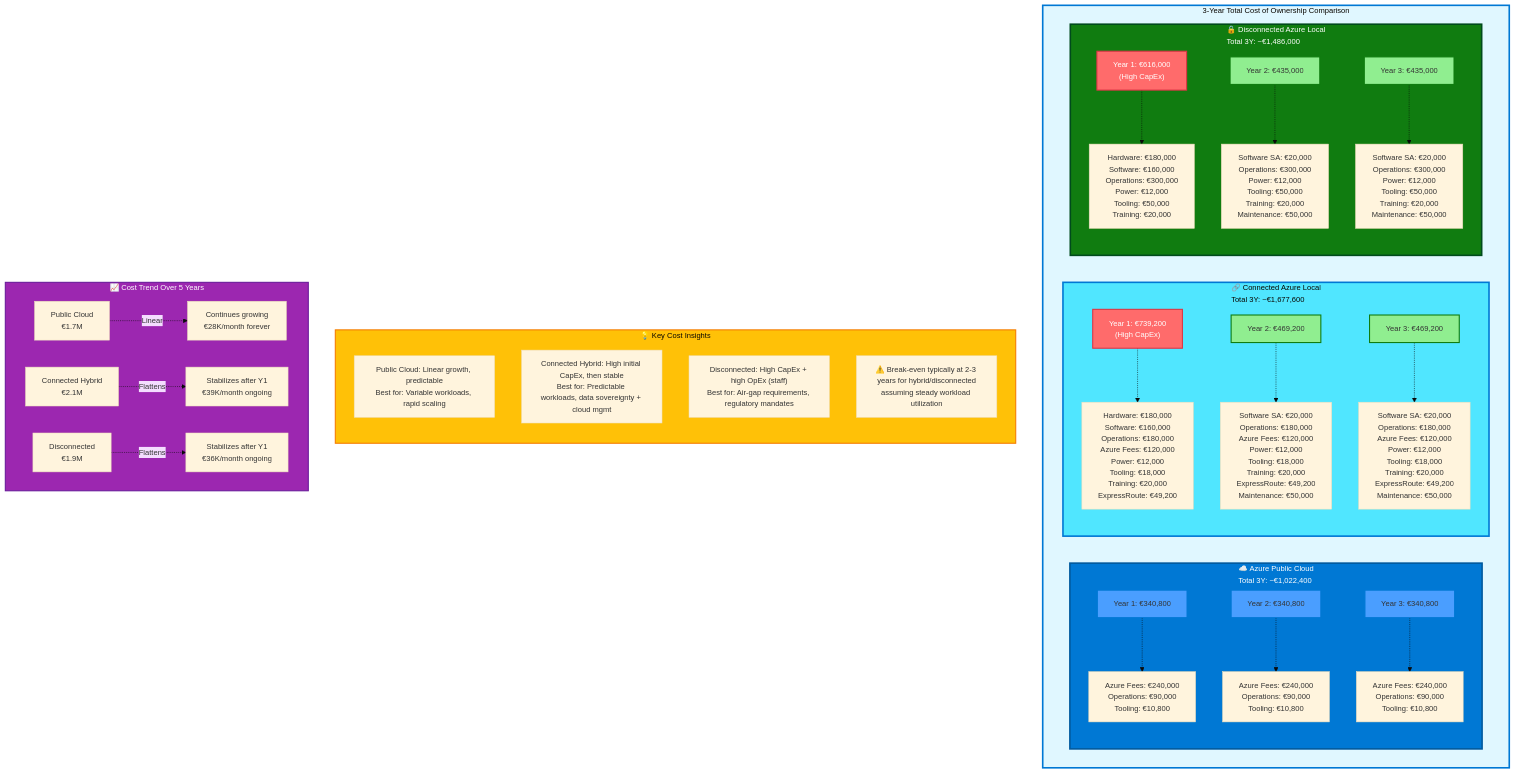
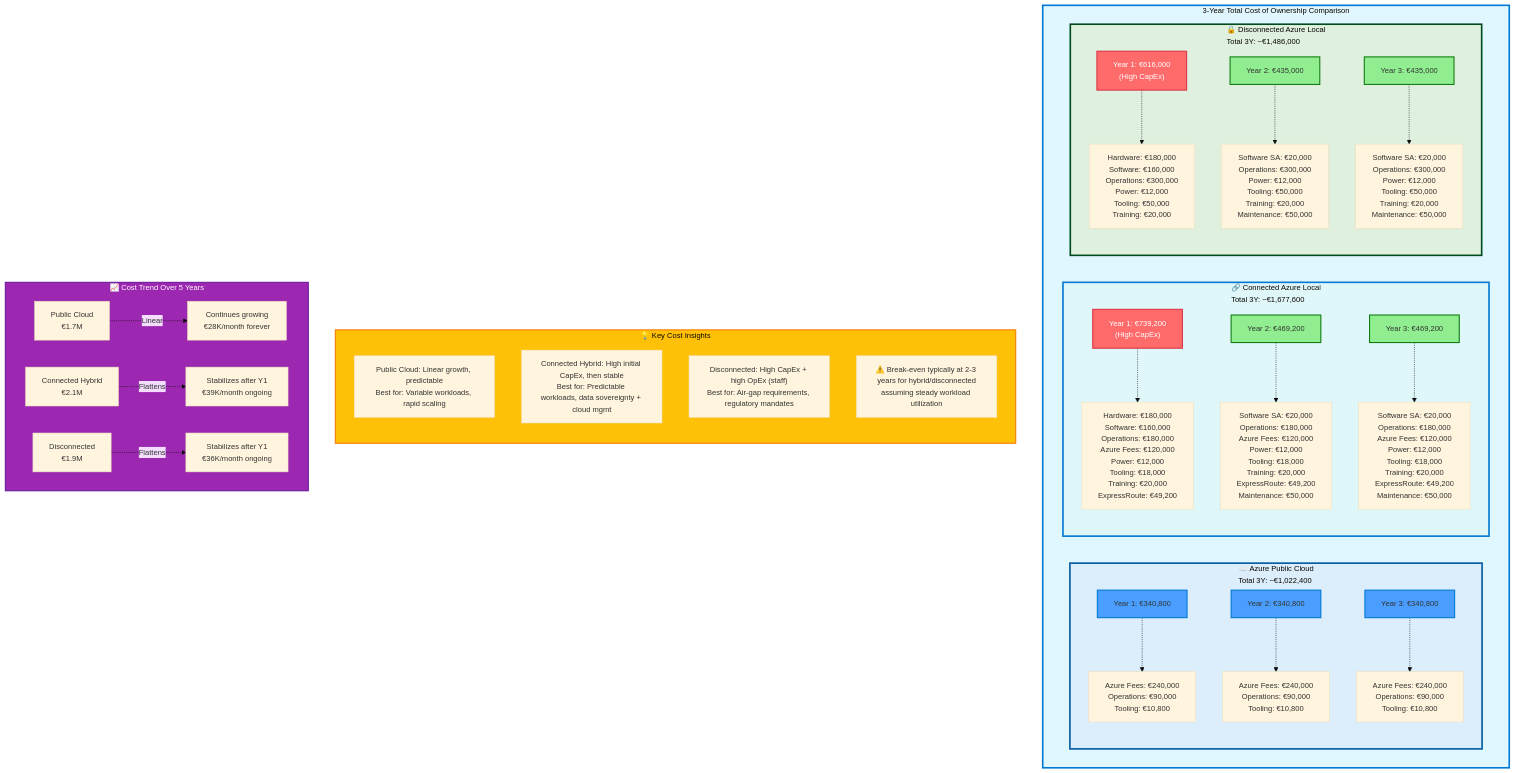
The diagram in docs/08-best-practices/05-cost-optimization.md (EmeaAppGbb/AzureHybridContinuumCookBook), drawn with Mermaid before and after one commit. The commit also changed 28 other files, not shown here.

First line of the commit message:
Fix Mermaid diagram readability: use light pastel subgraph backgrounds

````diff
--- a/docs/08-best-practices/05-cost-optimization.md
+++ b/docs/08-best-practices/05-cost-optimization.md
@@ -140,82 +140,82 @@
 ```mermaid
 %%{init: {'theme':'base', 'themeVariables': { 'fontSize':'14px'}}}%%
 graph TB
     subgraph TCO["3-Year Total Cost of Ownership Comparison"]
         direction LR
         
         subgraph PublicCloud["☁️ Azure Public Cloud<br/>Total 3Y: ~€1,022,400"]
             direction TB
             PC_Y1["Year 1: €340,800"]
             PC_Y2["Year 2: €340,800"]
             PC_Y3["Year 3: €340,800"]
             
             PC_Y1 -.-> PC_Breakdown1["Azure Fees: €240,000<br/>Operations: €90,000<br/>Tooling: €10,800"]
             PC_Y2 -.-> PC_Breakdown2["Azure Fees: €240,000<br/>Operations: €90,000<br/>Tooling: €10,800"]
             PC_Y3 -.-> PC_Breakdown3["Azure Fees: €240,000<br/>Operations: €90,000<br/>Tooling: €10,800"]
         end
         
         subgraph ConnectedHybrid["🔗 Connected Azure Local<br/>Total 3Y: ~€1,677,600"]
             direction TB
             CH_Y1["Year 1: €739,200<br/>(High CapEx)"]
             CH_Y2["Year 2: €469,200"]
             CH_Y3["Year 3: €469,200"]
             
             CH_Y1 -.-> CH_Breakdown1["Hardware: €180,000<br/>Software: €160,000<br/>Operations: €180,000<br/>Azure Fees: €120,000<br/>Power: €12,000<br/>Tooling: €18,000<br/>Training: €20,000<br/>ExpressRoute: €49,200"]
             
             CH_Y2 -.-> CH_Breakdown2["Software SA: €20,000<br/>Operations: €180,000<br/>Azure Fees: €120,000<br/>Power: €12,000<br/>Tooling: €18,000<br/>Training: €20,000<br/>ExpressRoute: €49,200<br/>Maintenance: €50,000"]
             
             CH_Y3 -.-> CH_Breakdown3["Software SA: €20,000<br/>Operations: €180,000<br/>Azure Fees: €120,000<br/>Power: €12,000<br/>Tooling: €18,000<br/>Training: €20,000<br/>ExpressRoute: €49,200<br/>Maintenance: €50,000"]
         end
         
         subgraph DisconnectedLocal["🔒 Disconnected Azure Local<br/>Total 3Y: ~€1,486,000"]
             direction TB
             DL_Y1["Year 1: €616,000<br/>(High CapEx)"]
             DL_Y2["Year 2: €435,000"]
             DL_Y3["Year 3: €435,000"]
             
             DL_Y1 -.-> DL_Breakdown1["Hardware: €180,000<br/>Software: €160,000<br/>Operations: €300,000<br/>Power: €12,000<br/>Tooling: €50,000<br/>Training: €20,000"]
             
             DL_Y2 -.-> DL_Breakdown2["Software SA: €20,000<br/>Operations: €300,000<br/>Power: €12,000<br/>Tooling: €50,000<br/>Training: €20,000<br/>Maintenance: €50,000"]
             
             DL_Y3 -.-> DL_Breakdown3["Software SA: €20,000<br/>Operations: €300,000<br/>Power: €12,000<br/>Tooling: €50,000<br/>Training: €20,000<br/>Maintenance: €50,000"]
         end
     end
     
     subgraph Insights["💡 Key Cost Insights"]
         direction TB
         I1["Public Cloud: Linear growth, predictable<br/>Best for: Variable workloads, rapid scaling"]
         I2["Connected Hybrid: High initial CapEx, then stable<br/>Best for: Predictable workloads, data sovereignty + cloud mgmt"]
         I3["Disconnected: High CapEx + high OpEx (staff)<br/>Best for: Air-gap requirements, regulatory mandates"]
         I4["⚠️ Break-even typically at 2-3 years for hybrid/disconnected<br/>assuming steady workload utilization"]
     end
     
     subgraph Trend["📈 Cost Trend Over 5 Years"]
         direction LR
         Cloud5Y["Public Cloud<br/>€1.7M"]
         Connected5Y["Connected Hybrid<br/>€2.1M"]
         Disconnected5Y["Disconnected<br/>€1.9M"]
         
         Cloud5Y -.->|Linear| CloudTrend["Continues growing<br/>€28K/month forever"]
         Connected5Y -.->|Flattens| ConnectedTrend["Stabilizes after Y1<br/>€39K/month ongoing"]
         Disconnected5Y -.->|Flattens| DisconnectedTrend["Stabilizes after Y1<br/>€36K/month ongoing"]
     end
     
     style TCO fill:#e0f7ff,stroke:#0078d4,stroke-width:3px
-    style PublicCloud fill:#0078d4,stroke:#005a9e,stroke-width:3px,color:#fff
-    style ConnectedHybrid fill:#50e6ff,stroke:#0078d4,stroke-width:3px
-    style DisconnectedLocal fill:#107c10,stroke:#004b1c,stroke-width:3px,color:#fff
+    style PublicCloud fill:#dceefb,stroke:#005a9e,stroke-width:3px
+    style ConnectedHybrid fill:#e0f7fa,stroke:#0078d4,stroke-width:3px
+    style DisconnectedLocal fill:#dff0df,stroke:#004b1c,stroke-width:3px
     style Insights fill:#ffc107,stroke:#f57c00,stroke-width:2px
     style Trend fill:#9c27b0,stroke:#6a1b9a,stroke-width:2px,color:#fff
     
     style PC_Y1 fill:#4a9eff,stroke:#0078d4,stroke-width:2px
     style PC_Y2 fill:#4a9eff,stroke:#0078d4,stroke-width:2px
     style PC_Y3 fill:#4a9eff,stroke:#0078d4,stroke-width:2px
     
     style CH_Y1 fill:#ff6b6b,stroke:#dc3545,stroke-width:2px,color:#fff
     style CH_Y2 fill:#90ee90,stroke:#107c10,stroke-width:2px
     style CH_Y3 fill:#90ee90,stroke:#107c10,stroke-width:2px
     
     style DL_Y1 fill:#ff6b6b,stroke:#dc3545,stroke-width:2px,color:#fff
     style DL_Y2 fill:#90ee90,stroke:#107c10,stroke-width:2px
     style DL_Y3 fill:#90ee90,stroke:#107c10,stroke-width:2px
 ```
````
